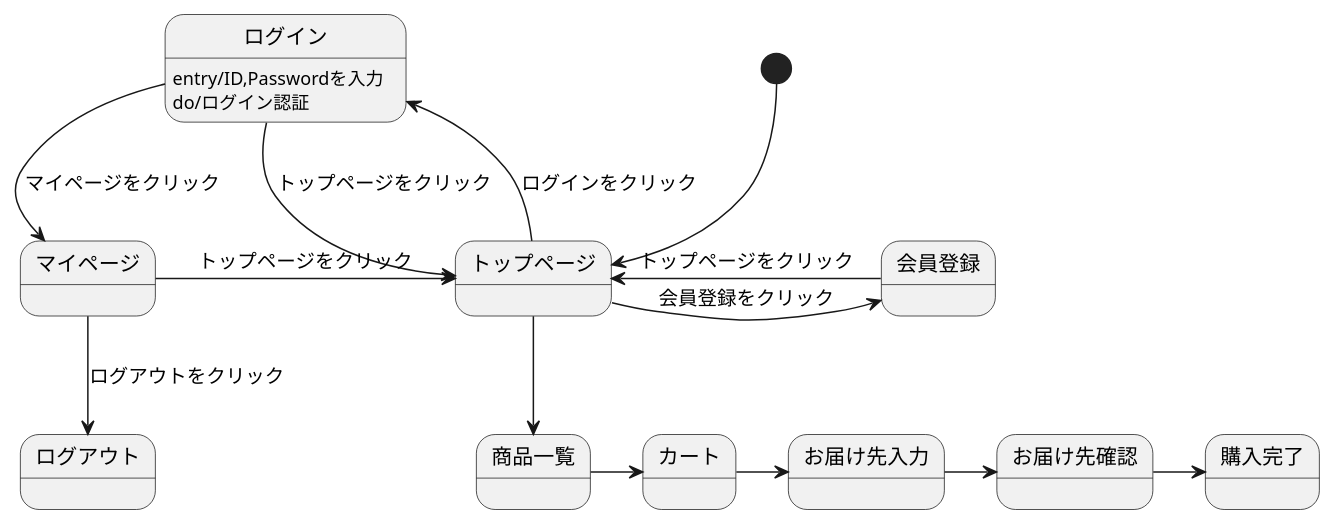
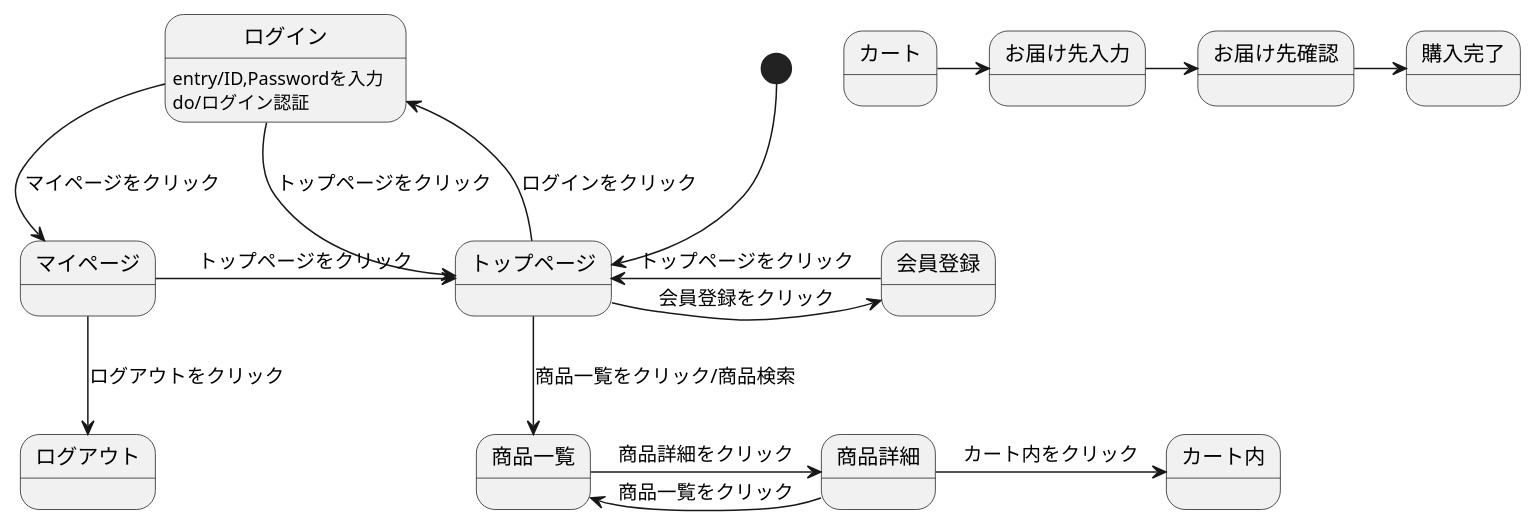
Before and after one commit to Aso2001163/2021sys-design-2: the diagram in stm01.md, drawn with PlantUML.

````diff
--- a/stm01.md
+++ b/stm01.md
@@ -1,19 +1,21 @@
 ```uml
 @startuml
 [*] --> トップページ
 トップページ -> 会員登録 : 会員登録をクリック
 会員登録 -> トップページ : トップページをクリック
 トップページ -left-> ログイン : ログインをクリック
 ログイン -> トップページ : トップページをクリック
 ログイン -down-> マイページ : マイページをクリック
 ログイン:entry/ID,Passwordを入力
 ログイン:do/ログイン認証
 マイページ -> トップページ : トップページをクリック
 マイページ -down-> ログアウト : ログアウトをクリック
-トップページ --> 商品一覧
-商品一覧 -> カート
+トップページ --> 商品一覧 : 商品一覧をクリック/商品検索
+商品一覧 -> 商品詳細 : 商品詳細をクリック  
+商品詳細 -> 商品一覧 : 商品一覧をクリック
+商品詳細 -> カート内 : カート内をクリック
 カート -> お届け先入力
 お届け先入力 -> お届け先確認
 お届け先確認 -> 購入完了
 @enduml
 ```
````
